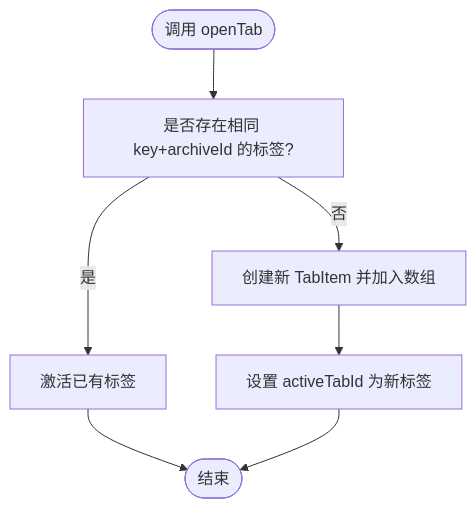
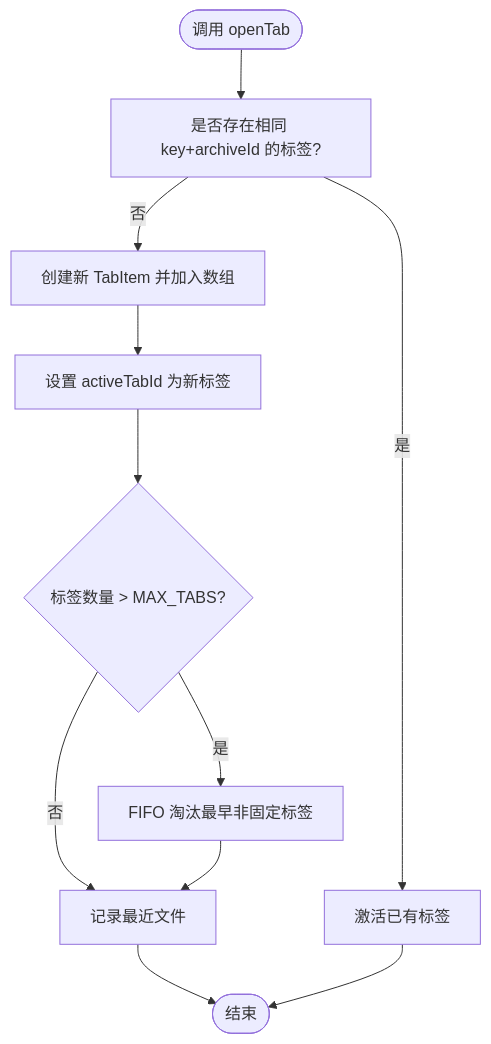
One commit to taoweidong/Hello-Tauri changed the third of 7 diagrams in .qoder/repowiki/zh/content/用户界面/核心组件/工作区组件/标签栏组件.md. Above: the diagram before and after it, drawn with Mermaid. The commit also changed other lines of this file and 67 other files, not shown here.

````diff
--- a/.qoder/repowiki/zh/content/用户界面/核心组件/工作区组件/标签栏组件.md
+++ b/.qoder/repowiki/zh/content/用户界面/核心组件/工作区组件/标签栏组件.md
@@ -146,9 +184,13 @@
 ```mermaid
 flowchart TD
 Start(["调用 openTab"]) --> Check["是否存在相同 key+archiveId 的标签?"]
 Check --> |是| Activate["激活已有标签"]
 Check --> |否| Create["创建新 TabItem 并加入数组"]
 Create --> SetActive["设置 activeTabId 为新标签"]
-Activate --> End(["结束"])
-SetActive --> End
+SetActive --> Overflow{"标签数量 > MAX_TABS?"}
+Overflow --> |是| Evict["FIFO 淘汰最早非固定标签"]
+Overflow --> |否| RecordRecent["记录最近文件"]
+Evict --> RecordRecent
+RecordRecent --> End(["结束"])
+Activate --> End
 ```
````
